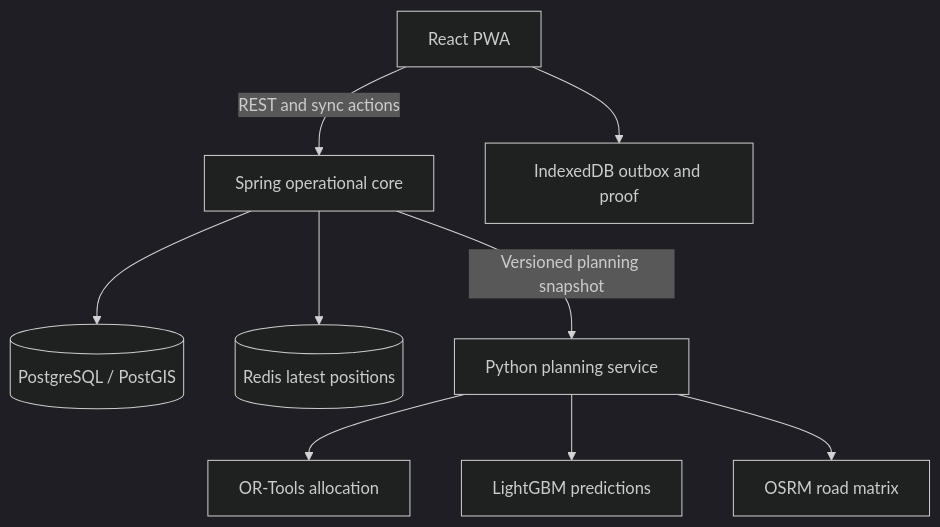
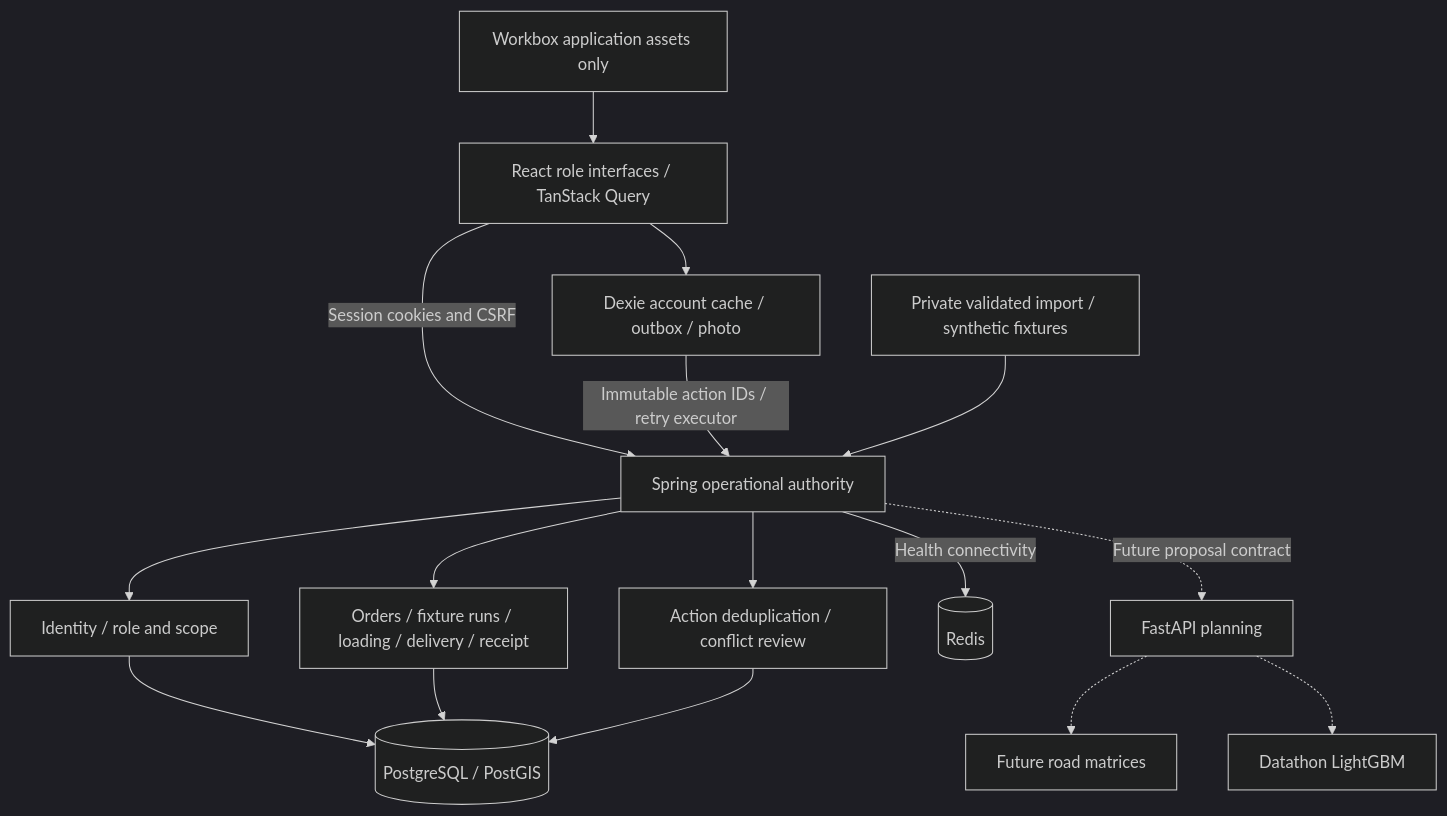
The diagram in docs/architecture.md (Geemal2004/Waypoint-Group), drawn with Mermaid (dark theme) before and after one commit. The commit also changed other lines of this file and 11 other files, not shown here.

Commit message:
Document audited constraints, verified judge flows and submission gaps

````diff
--- a/docs/architecture.md
+++ b/docs/architecture.md
@@ -3,11 +3,18 @@
 ```mermaid
 flowchart TD
-  Web[React PWA] -->|REST and sync actions| Core[Spring operational core]
-  Web --> Local[IndexedDB outbox and proof]
-  Core --> DB[(PostgreSQL / PostGIS)]
-  Core --> Redis[(Redis latest positions)]
-  Core -->|Versioned planning snapshot| Planning[Python planning service]
-  Planning --> Solver[OR-Tools allocation]
-  Planning --> ML[LightGBM predictions]
-  Planning --> OSRM[OSRM road matrix]
+  UI[React role interfaces / TanStack Query] -->|Session cookies and CSRF| Core[Spring operational authority]
+  UI --> Local[Dexie account cache / outbox / photo]
+  Local -->|Immutable action IDs / retry executor| Core
+  SW[Workbox application assets only] --> UI
+  Core --> Identity[Identity / role and scope]
+  Core --> Workflow[Orders / fixture runs / loading / delivery / receipt]
+  Core --> Sync[Action deduplication / conflict review]
+  Identity --> DB[(PostgreSQL / PostGIS)]
+  Workflow --> DB
+  Sync --> DB
+  Seed[Private validated import / synthetic fixtures] --> Core
+  Core -->|Health connectivity| Redis[(Redis)]
+  Core -.->|Future proposal contract| Python[FastAPI planning]
+  Python -.-> OSRM[Future road matrices]
+  Python -.-> ML[Datathon LightGBM]
 ```
````
